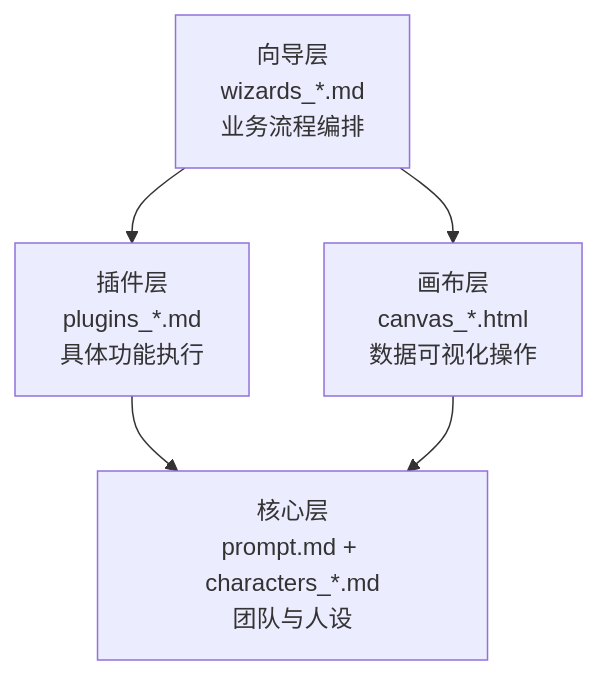
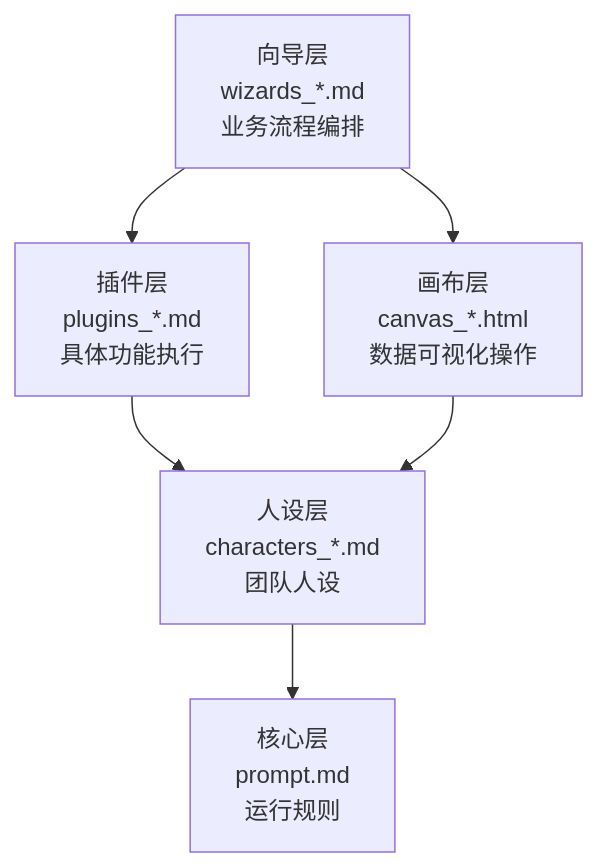
The diagram in README.md (xuyunxuyun/SuperTeam), drawn with Mermaid before and after one commit. The commit also changed other lines of this file and 30 other files, not shown here.

````diff
--- a/README.md
+++ b/README.md
@@ -105,12 +107,14 @@
 ```mermaid
 flowchart TB
     D[向导层<br>wizards_*.md<br>业务流程编排]
     B[插件层<br>plugins_*.md<br>具体功能执行]
     C[画布层<br>canvas_*.html<br>数据可视化操作]
-    A[核心层<br>prompt.md + characters_*.md<br>团队与人设]
+    A[人设层<br>characters_*.md<br>团队人设]
+    E[核心层<br>prompt.md<br>运行规则]
 
     D --> B
     D --> C
     B --> A
     C --> A
+    A --> E
 ```
````
